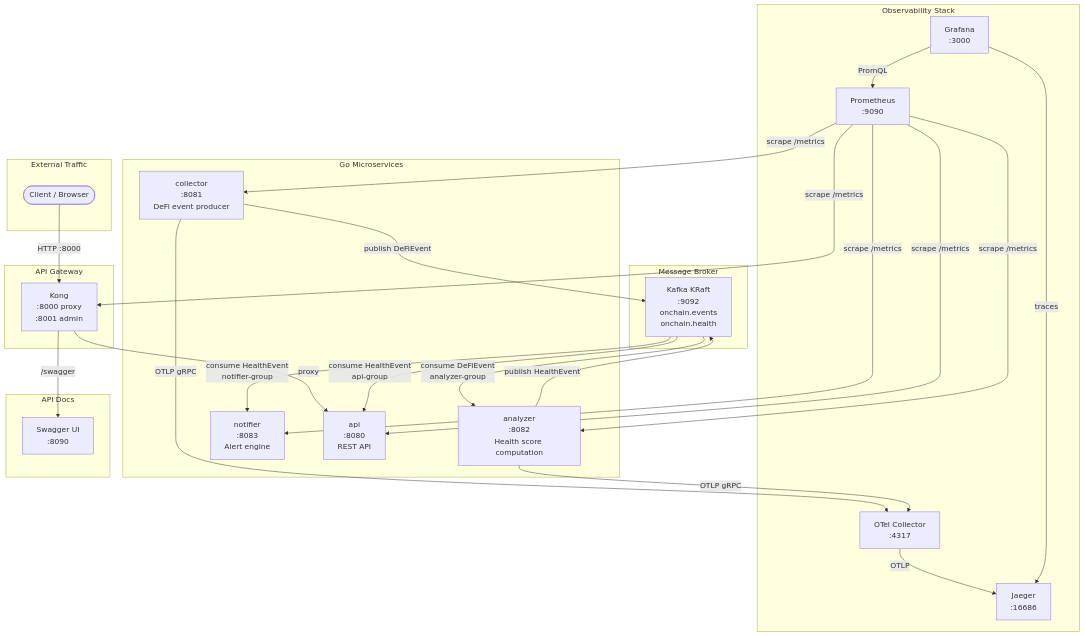
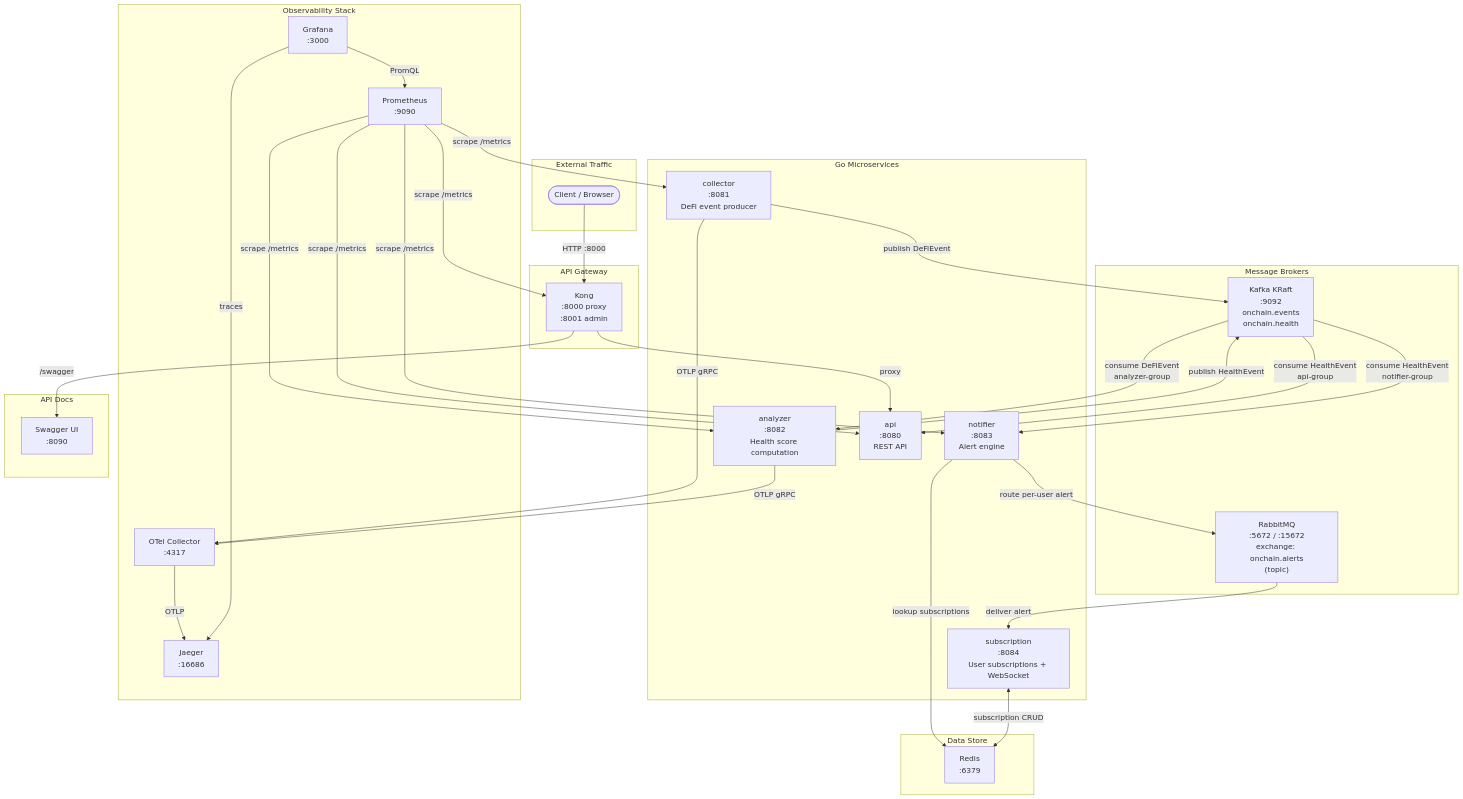
One commit to KaelSensei/OnChainHealthMonitor changed the first of 3 diagrams in README.md. Above: the diagram before and after it, drawn with Mermaid. The commit also changed other lines of this file and 11 other files, not shown here.

First line of the commit message:
feat(subscriptions): add RabbitMQ routing, Redis store, and subscription service

````diff
--- a/README.md
+++ b/README.md
@@ -21,54 +21,64 @@
 ```mermaid
 graph TD
     subgraph External["External Traffic"]
         Client([Client / Browser])
     end
 
     subgraph Gateway["API Gateway"]
         Kong["Kong\n:8000 proxy\n:8001 admin"]
     end
 
-    subgraph Broker["Message Broker"]
+    subgraph Broker["Message Brokers"]
         Kafka["Kafka KRaft\n:9092\nonchain.events\nonchain.health"]
+        RabbitMQ["RabbitMQ\n:5672 / :15672\nexchange: onchain.alerts\n(topic)"]
+    end
+
+    subgraph DataStore["Data Store"]
+        Redis["Redis\n:6379"]
     end
 
     subgraph Services["Go Microservices"]
         Collector["collector\n:8081\nDeFi event producer"]
         Analyzer["analyzer\n:8082\nHealth score computation"]
         Notifier["notifier\n:8083\nAlert engine"]
         API["api\n:8080\nREST API"]
+        Subscription["subscription\n:8084\nUser subscriptions + WebSocket"]
     end
 
     subgraph Observability["Observability Stack"]
         Prometheus["Prometheus\n:9090"]
         Grafana["Grafana\n:3000"]
         OtelCollector["OTel Collector\n:4317"]
         Jaeger["Jaeger\n:16686"]
     end
 
     subgraph Docs["API Docs"]
         Swagger["Swagger UI\n:8090"]
     end
 
     Client -->|"HTTP :8000"| Kong
     Kong -->|"proxy"| API
     Kong -->|"/swagger"| Swagger
 
     Collector -->|"publish DeFiEvent"| Kafka
     Kafka -->|"consume DeFiEvent\nanalyzer-group"| Analyzer
     Analyzer -->|"publish HealthEvent"| Kafka
     Kafka -->|"consume HealthEvent\nnotifier-group"| Notifier
     Kafka -->|"consume HealthEvent\napi-group"| API
+    Notifier -->|"lookup subscriptions"| Redis
+    Notifier -->|"route per-user alert"| RabbitMQ
+    RabbitMQ -->|"deliver alert"| Subscription
+    Subscription <-->|"subscription CRUD"| Redis
 
     Collector -->|"OTLP gRPC"| OtelCollector
     Analyzer -->|"OTLP gRPC"| OtelCollector
     OtelCollector -->|"OTLP"| Jaeger
 
     Prometheus -->|"scrape /metrics"| Collector
     Prometheus -->|"scrape /metrics"| Analyzer
     Prometheus -->|"scrape /metrics"| Notifier
     Prometheus -->|"scrape /metrics"| API
     Prometheus -->|"scrape /metrics"| Kong
     Grafana -->|"PromQL"| Prometheus
     Grafana -->|"traces"| Jaeger
 ```
````
